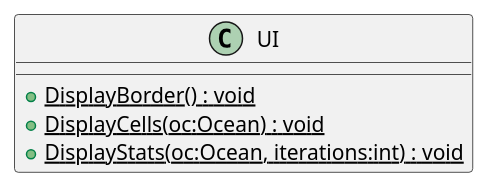
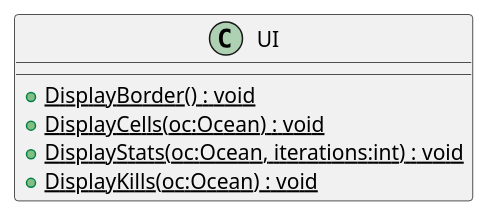
Before and after one commit to 19vano97/levelUpOOP: the diagram in plantuml/OceanLife/UI.puml, drawn with PlantUML. The commit also changed 28 other files, not shown here.

```diff
--- a/plantuml/OceanLife/UI.puml
+++ b/plantuml/OceanLife/UI.puml
@@ -1,7 +1,8 @@
 @startuml
 class UI {
     + {static} DisplayBorder() : void
     + {static} DisplayCells(oc:Ocean) : void
     + {static} DisplayStats(oc:Ocean, iterations:int) : void
+    + {static} DisplayKills(oc:Ocean) : void
 }
 @enduml
```
